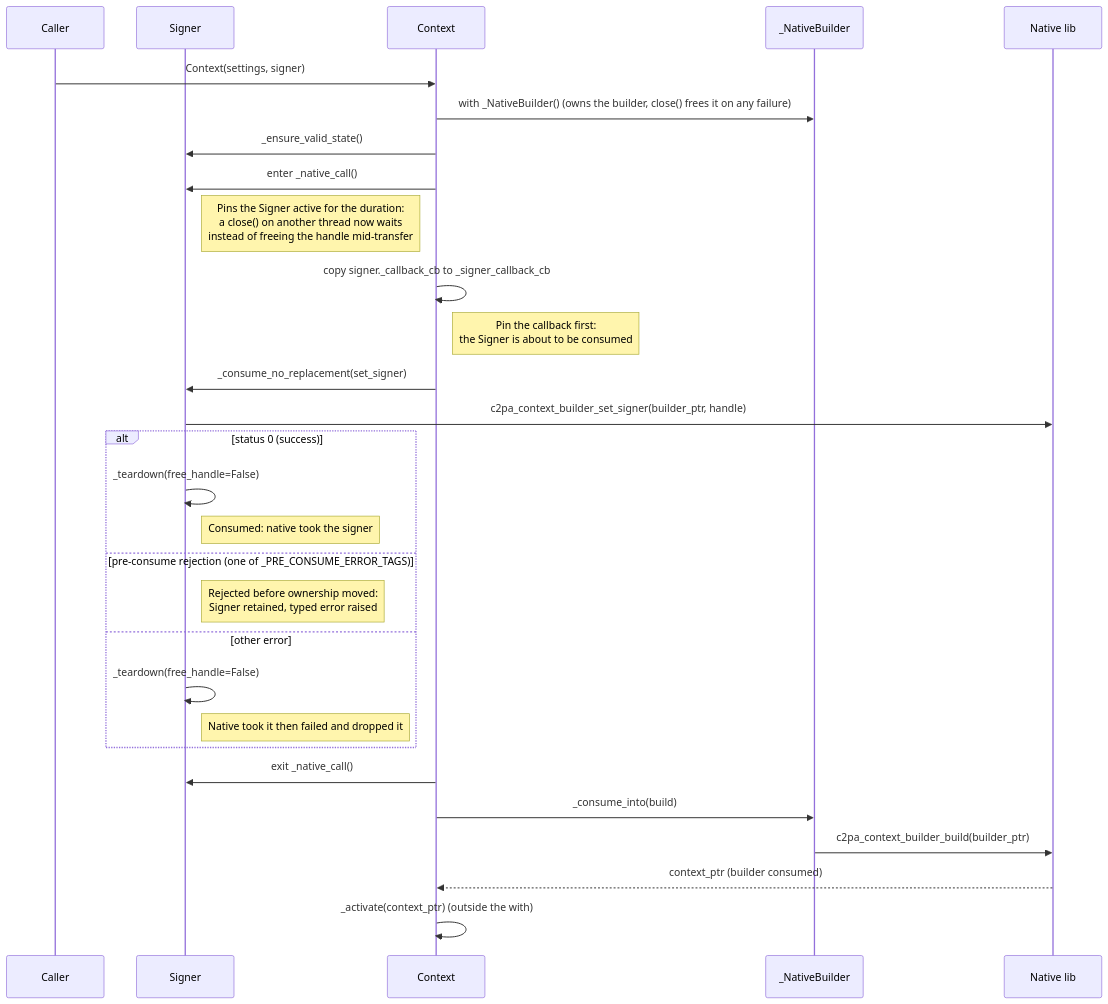
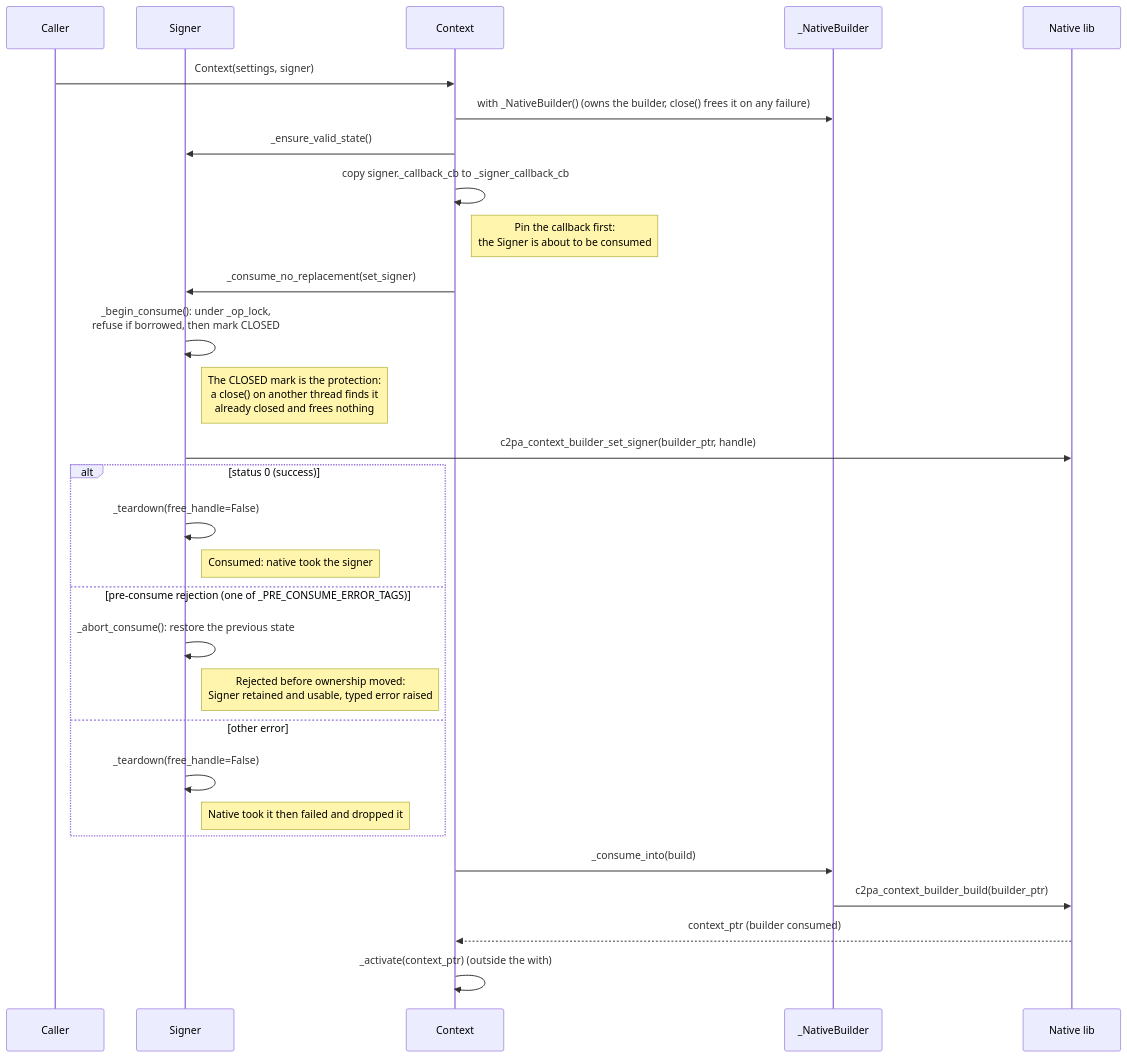
Before and after one commit to contentauth/c2pa-python: the seventh of 10 diagrams in docs/native-resources-management.md, drawn with Mermaid. The commit also changed other lines of this file and 3 other files, not shown here.

````diff
--- a/docs/native-resources-management.md
+++ b/docs/native-resources-management.md
@@ -358,34 +497,34 @@
 ```mermaid
 sequenceDiagram
     participant C as Caller
     participant S as Signer
     participant X as Context
     participant B as _NativeBuilder
     participant N as Native lib
 
     C->>X: Context(settings, signer)
     X->>B: with _NativeBuilder() (owns the builder, close() frees it on any failure)
     X->>S: _ensure_valid_state()
-    X->>S: enter _native_call()
-    Note right of S: Pins the Signer active for the duration:<br/>a close() on another thread now waits<br/>instead of freeing the handle mid-transfer
     X->>X: copy signer._callback_cb to _signer_callback_cb
     Note right of X: Pin the callback first:<br/>the Signer is about to be consumed
     X->>S: _consume_no_replacement(set_signer)
+    S->>S: _begin_consume(): under _op_lock,<br/>refuse if borrowed, then mark CLOSED
+    Note right of S: The CLOSED mark is the protection:<br/>a close() on another thread finds it<br/>already closed and frees nothing
     S->>N: c2pa_context_builder_set_signer(builder_ptr, handle)
 
     alt status 0 (success)
         S->>S: _teardown(free_handle=False)
         Note right of S: Consumed: native took the signer
     else pre-consume rejection (one of _PRE_CONSUME_ERROR_TAGS)
-        Note right of S: Rejected before ownership moved:<br/>Signer retained, typed error raised
+        S->>S: _abort_consume(): restore the previous state
+        Note right of S: Rejected before ownership moved:<br/>Signer retained and usable, typed error raised
     else other error
         S->>S: _teardown(free_handle=False)
         Note right of S: Native took it then failed and dropped it
     end
-    X->>S: exit _native_call()
 
     X->>B: _consume_into(build)
     B->>N: c2pa_context_builder_build(builder_ptr)
     N-->>X: context_ptr (builder consumed)
     X->>X: _activate(context_ptr) (outside the with)
 ```
````
